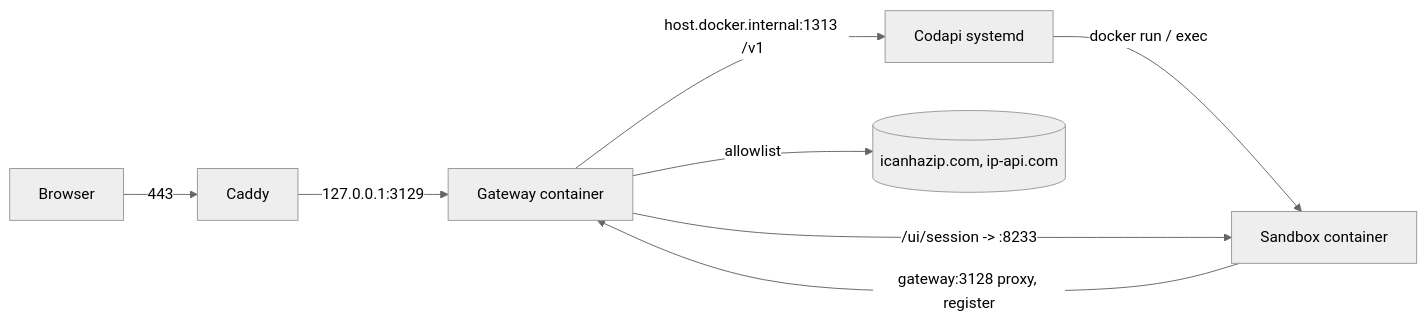
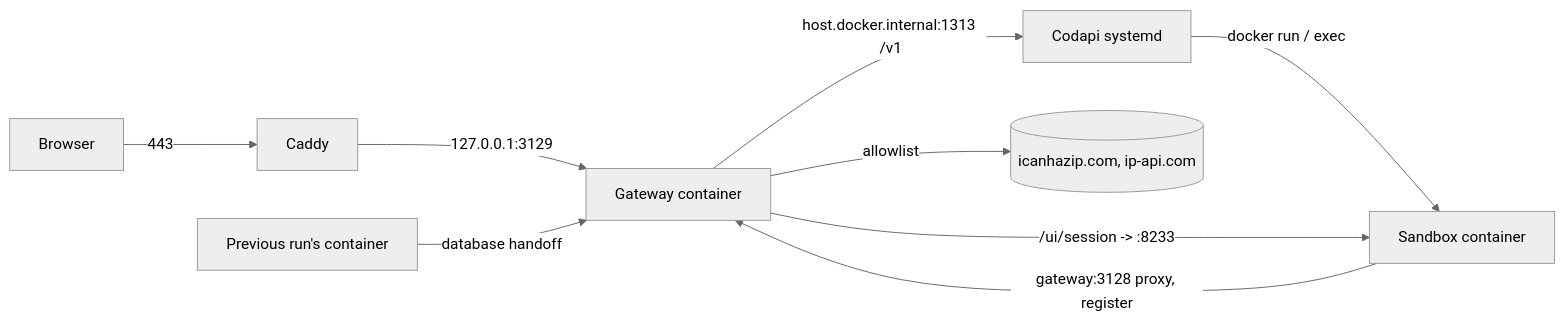
Before and after one commit to MasonEgger/temporal-codeapi-demo: the diagram in spec.md, drawn with Mermaid (neutral theme). The commit also changed other lines of this file and 1 other file, not shown here.

````diff
--- a/spec.md
+++ b/spec.md
@@ -175,10 +213,11 @@
 ```mermaid
 flowchart LR
     B[Browser] -->|443| C[Caddy]
     C -->|127.0.0.1:3129| G[Gateway container]
     G -->|host.docker.internal:1313 /v1| K[Codapi systemd]
     K -->|docker run / exec| S[Sandbox container]
     S -->|gateway:3128 proxy, register| G
     G -->|/ui/session -> :8233| S
+    P[Previous run's container] -->|database handoff| G
     G -->|allowlist| I[(icanhazip.com, ip-api.com)]
 ```
````
